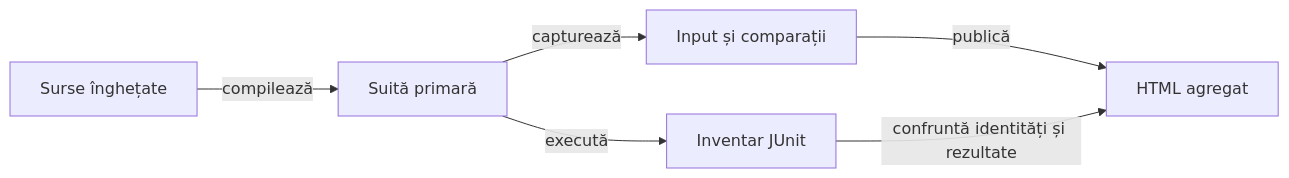
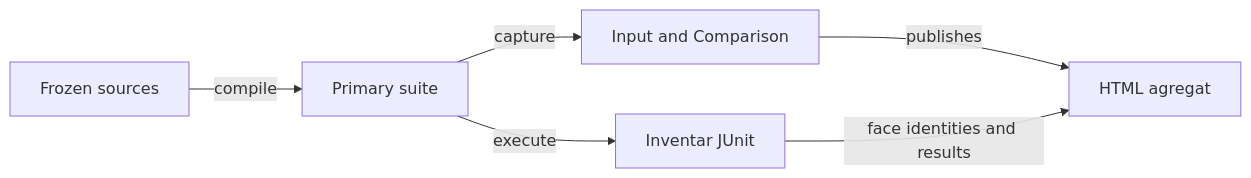
The second of 2 diagrams in docs/reporting/ATF_Audit.md (crististefanita/atf_j4), drawn with Mermaid before and after one commit. The commit also changed other lines of this file and 122 other files, not shown here.

````diff
--- a/docs/reporting/ATF_Audit.md
+++ b/docs/reporting/ATF_Audit.md
@@ -70,8 +70,8 @@
 ```mermaid
 flowchart LR
-    SOURCE[Surse înghețate] -->|compilează| SUITE[Suită primară]
-    SUITE -->|execută| JUNIT[Inventar JUnit]
-    SUITE -->|capturează| AUDIT[Input și comparații]
-    AUDIT -->|publică| HTML[HTML agregat]
-    JUNIT -->|confruntă identități și rezultate| HTML
+    SOURCE[Frozen sources] -->|compile| SUITE[Primary suite]
+    SUITE -->|execute| JUNIT[Inventar JUnit]
+    SUITE -->|capture| AUDIT[Input and Comparison]
+    AUDIT -->|publishes| HTML[HTML agregat]
+    JUNIT -->|face identities and results| HTML
 ```
````
